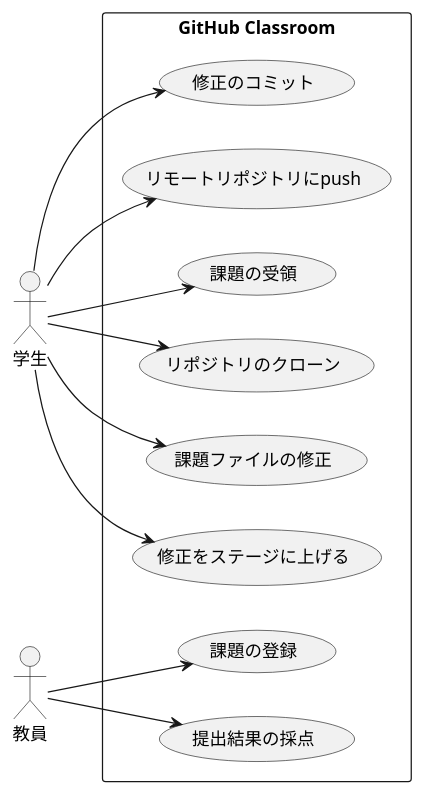
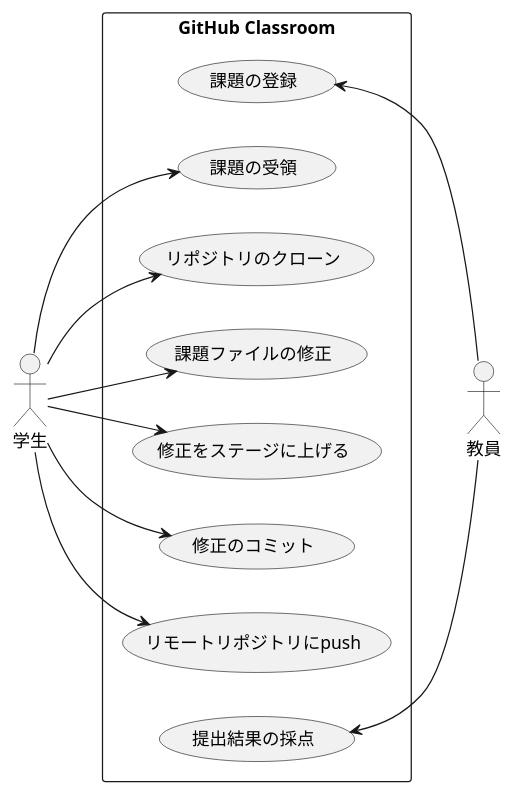
Before and after one commit to DCS-1-301-02-2026/graph-G6840320226: the third of 3 diagrams in exercise.md, drawn with PlantUML. The commit also changed 1 other file, not shown here.

````diff
--- a/exercise.md
+++ b/exercise.md
@@ -71,28 +71,26 @@
 ```plantUML
 @startuml ex03
 left to right direction
-actor "学生" as student
-actor "教員" as teacher
+actor 学生 as student
+actor 教員 as teacher
+
 rectangle "GitHub Classroom" {
-  usecase "課題の登録" as uc8
-  usecase "課題の受領" as uc7
-  usecase "リポジトリのクローン" as uc6
-  usecase "課題ファイルの修正" as uc5
-  usecase "修正をステージに上げる" as uc4
-  usecase "修正のコミット" as uc3
-  usecase "リモートリポジトリにpush" as uc2
-  usecase "提出結果の採点" as uc1
+  usecase "課題の登録" as uc1
+  usecase "課題の受領" as uc2
+  usecase "リポジトリのクローン" as uc3
+  usecase "課題ファイルの修正" as uc4
+  usecase "修正をステージに上げる" as uc5
+  usecase "修正のコミット" as uc6
+  usecase "リモートリポジトリにpush" as uc7
+  usecase "提出結果の採点" as uc8
   }
+uc1 <-- teacher
+student --> uc2
+student --> uc3
+student --> uc4
+student --> uc5
+student --> uc6
 student --> uc7
-student --> uc6
-student --> uc5
-student --> uc4
-student --> uc3
-student --> uc2
-
-teacher --> uc8
-teacher --> uc1
-
-
+uc8 <-- teacher
 @enduml
 ```
````
